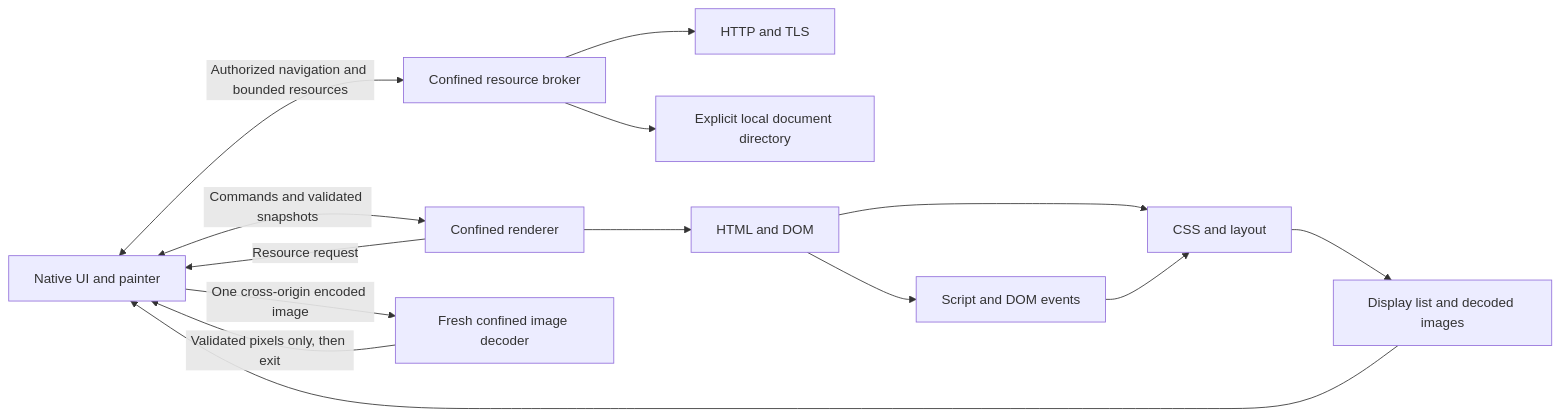
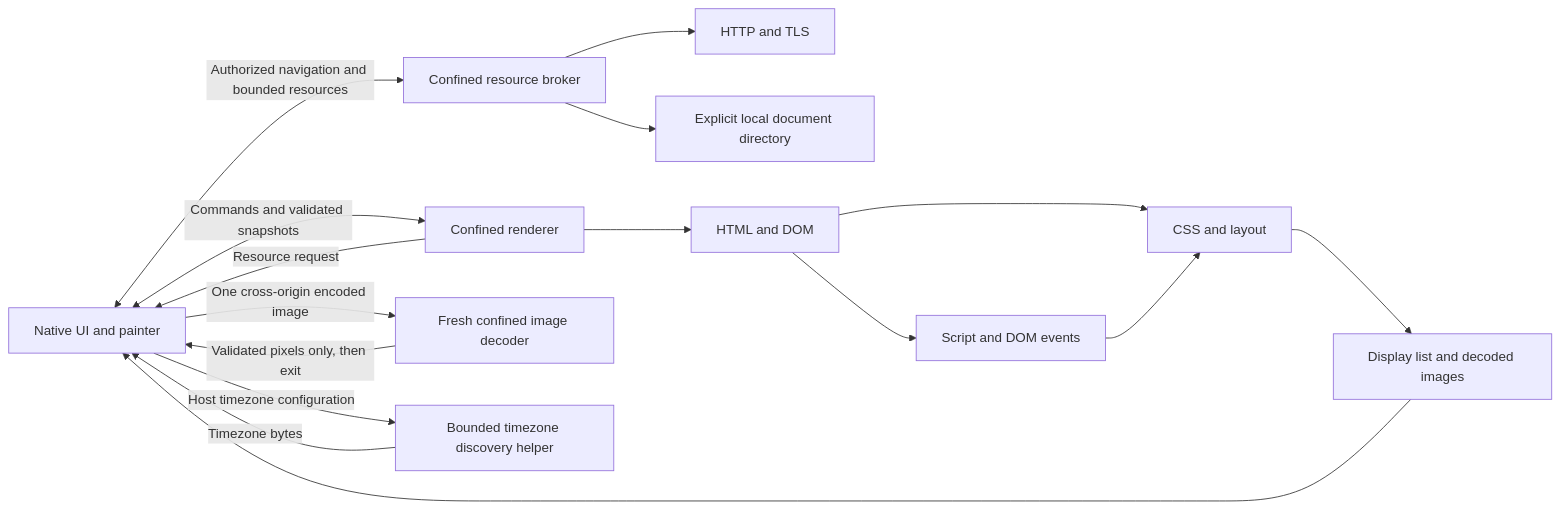
The diagram in docs/ARCHITECTURE.md (Eriskii/ErisBrowser), drawn with Mermaid before and after one commit. The commit also changed other lines of this file and 693 other files, not shown here.

Commit message:
Implement Date with bounded host timezone discovery

````diff
--- a/docs/ARCHITECTURE.md
+++ b/docs/ARCHITECTURE.md
@@ -9,16 +9,18 @@
 ```mermaid
 flowchart LR
     UI[Native UI and painter] <-->|Commands and validated snapshots| R[Confined renderer]
     R -->|Resource request| UI
     UI <-->|Authorized navigation and bounded resources| B[Confined resource broker]
     B --> N[HTTP and TLS]
     B --> F[Explicit local document directory]
     UI -->|One cross-origin encoded image| I[Fresh confined image decoder]
     I -->|Validated pixels only, then exit| UI
+    UI -->|Host timezone configuration| Z[Bounded timezone discovery helper]
+    Z -->|Timezone bytes| UI
     R --> D[HTML and DOM]
     D --> J[Script and DOM events]
     D --> C[CSS and layout]
     J --> C
     C --> S[Display list and decoded images]
     S --> UI
 ```
````
